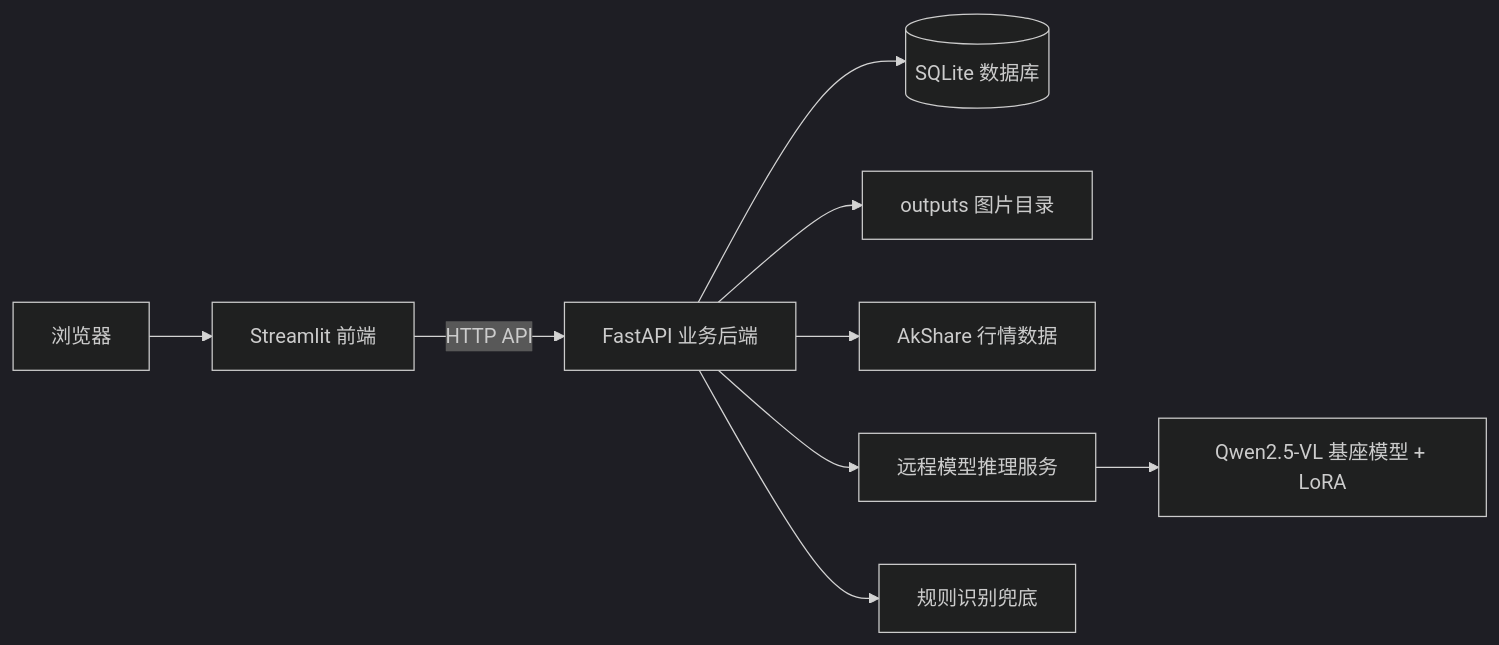
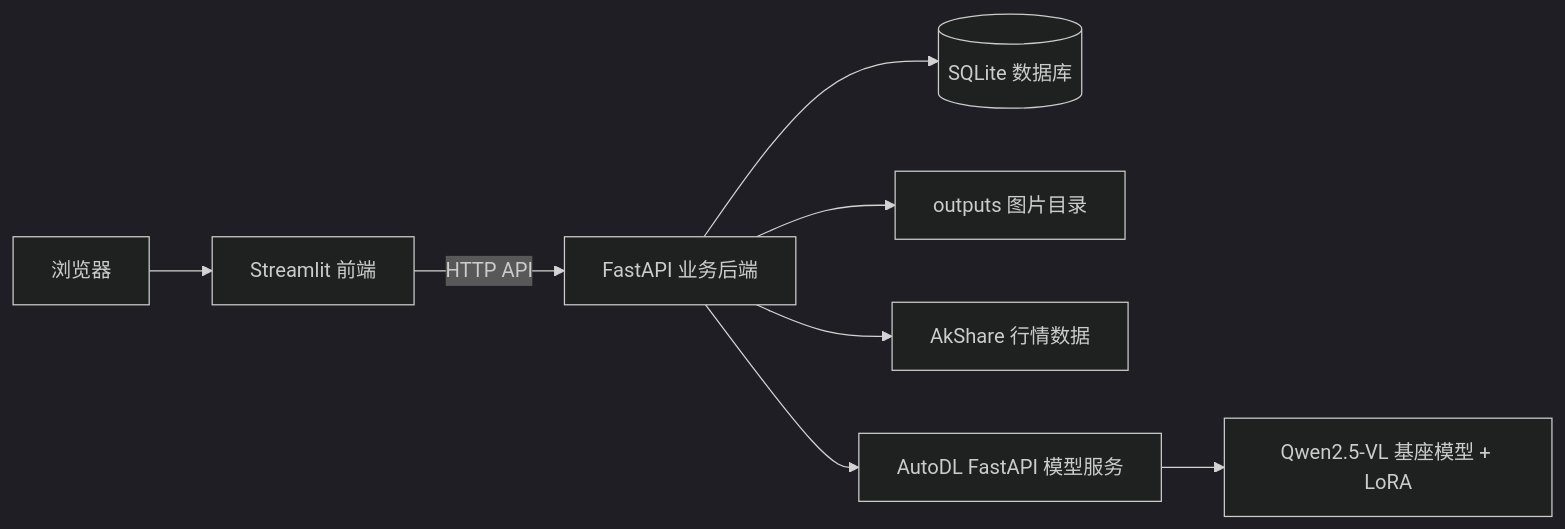
The diagram in README.md (ur1bad/klineRecognition), drawn with Mermaid (dark theme) before and after one commit. The commit also changed other lines of this file and 33 other files, not shown here.

````diff
--- a/README.md
+++ b/README.md
@@ -62,11 +71,10 @@
 ```mermaid
 flowchart LR
     A[浏览器] --> B[Streamlit 前端]
     B -->|HTTP API| C[FastAPI 业务后端]
     C --> D[(SQLite 数据库)]
     C --> E[outputs 图片目录]
     C --> F[AkShare 行情数据]
-    C --> G[远程模型推理服务]
+    C --> G[AutoDL FastAPI 模型服务]
     G --> H[Qwen2.5-VL 基座模型 + LoRA]
-    C --> I[规则识别兜底]
 ```
````
